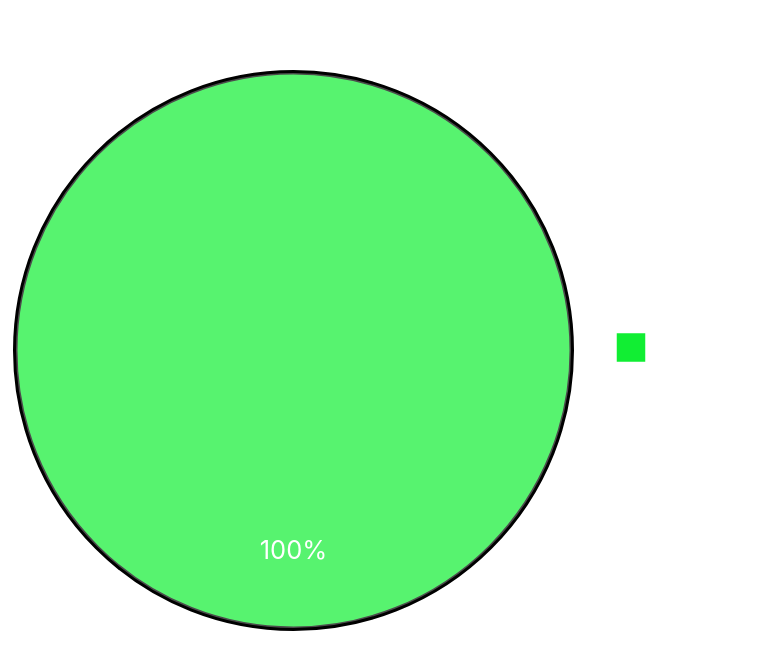
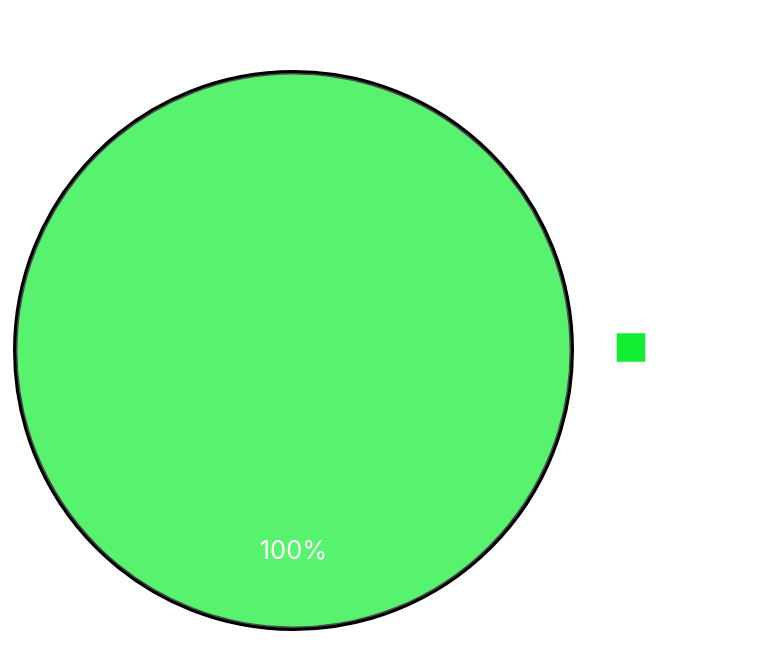
One commit to sumanthtatipamula/Programming changed the diagram in Readme.md. Above: the diagram before and after it, drawn with Mermaid. The commit also changed 12 other files, not shown here.

````diff
--- a/Readme.md
+++ b/Readme.md
@@ -23,17 +23,17 @@
 ```mermaid
 %%{
   init:
   {
     'theme': 'base',
     'themeVariables':
       {
         'primaryTextColor': '#fff',
         'pie1': '#1E3',
         'pie2': '#FFFF00'
       }
   }
 }%%
 pie showData
     title Problems Solved Per Tag
-    "Tree" : 49
+    "Tree" : 57
 ```
````
